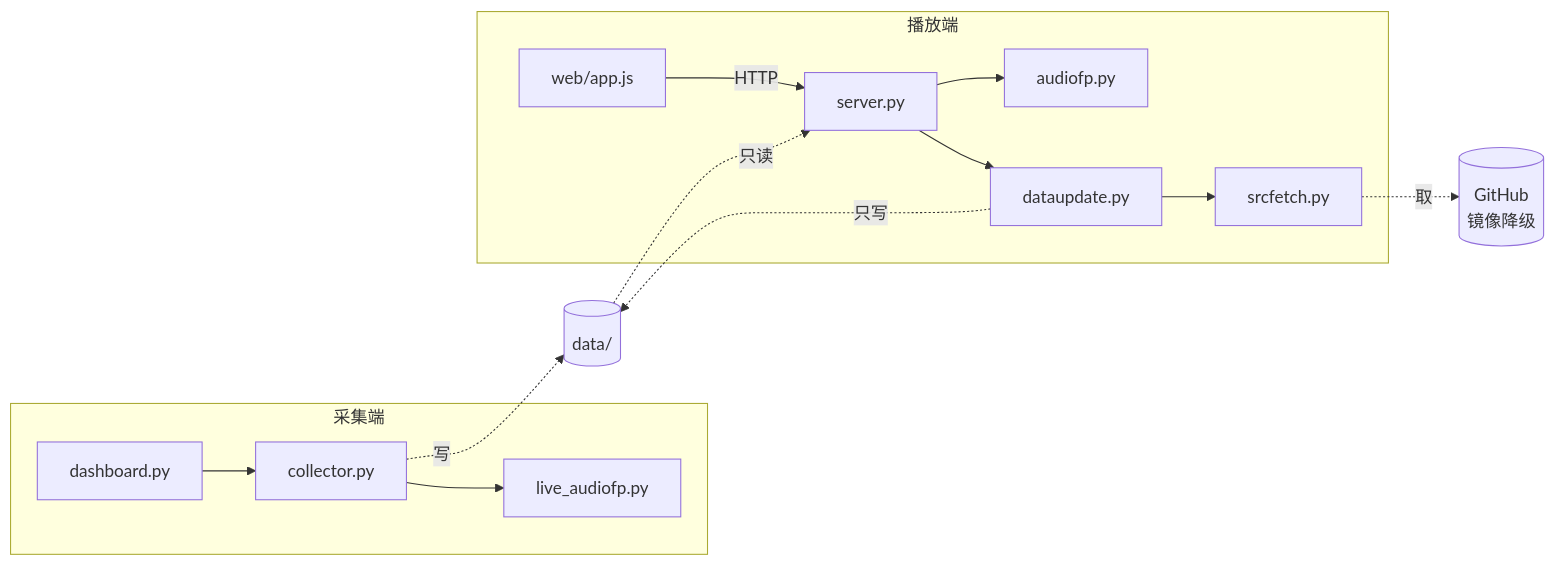
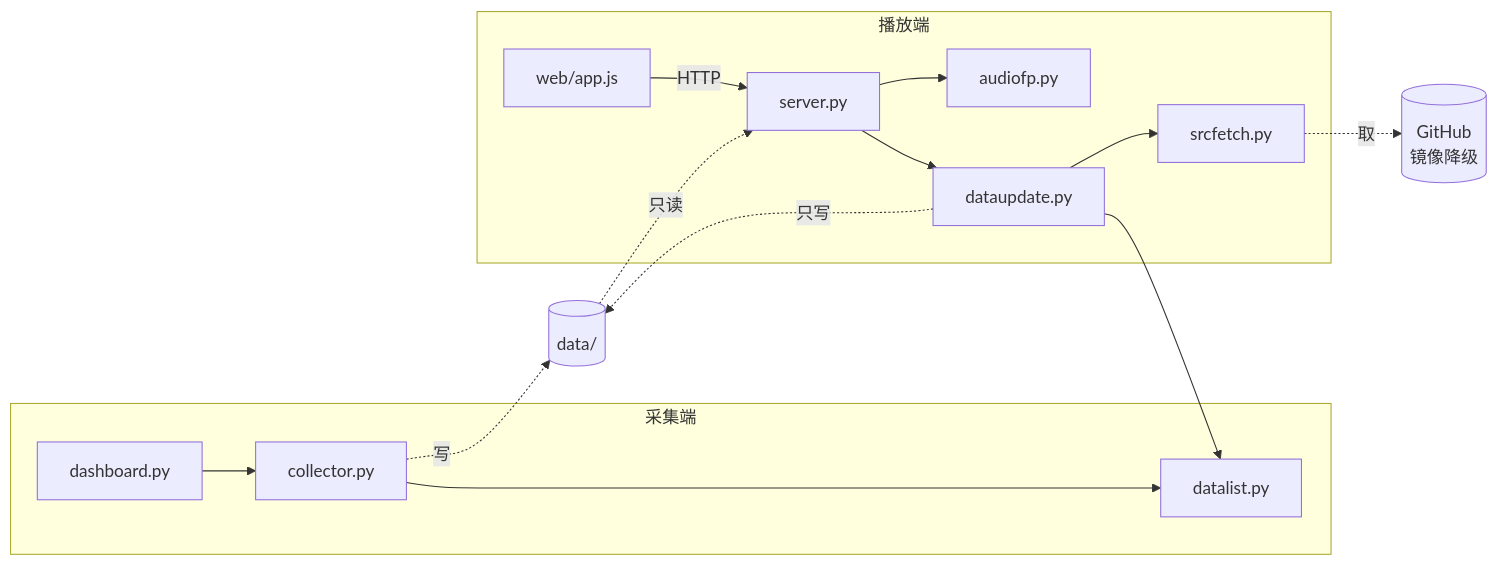
Before and after one commit to root9701/danmaku-timewarp: the first of 3 diagrams in 架构总览.md, drawn with Mermaid. The commit also changed other lines of this file and 9 other files, not shown here.

````diff
--- a/架构总览.md
+++ b/架构总览.md
@@ -29,17 +30,18 @@
 ```mermaid
 flowchart LR
   subgraph 采集端
     D[dashboard.py] --> C[collector.py]
     C --> L[live_audiofp.py]
   end
   subgraph 播放端
     S[server.py] --> A[audiofp.py]
     S --> U[dataupdate.py]
+    U --> L[datalist.py]
     U --> F[srcfetch.py]
     W[web/app.js] -->|HTTP| S
   end
   C -.写.-> FS[(data/)]
   FS -.只读.-> S
   U -.只写.-> FS
   F -.取.-> GH[(GitHub<br/>镜像降级)]
 ```
````
